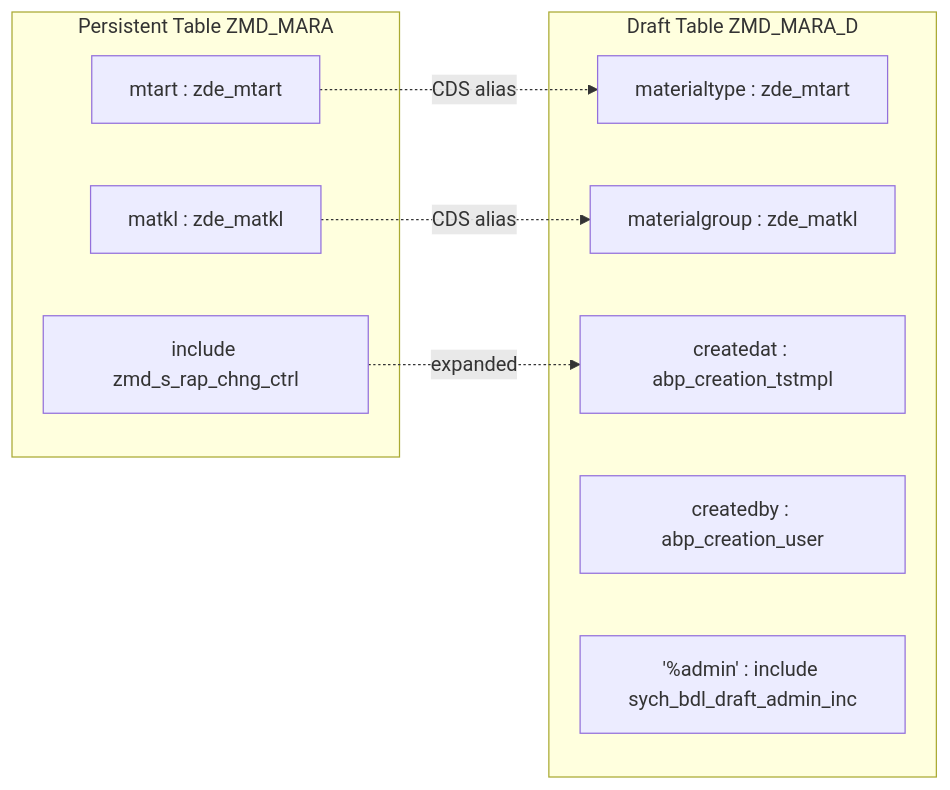
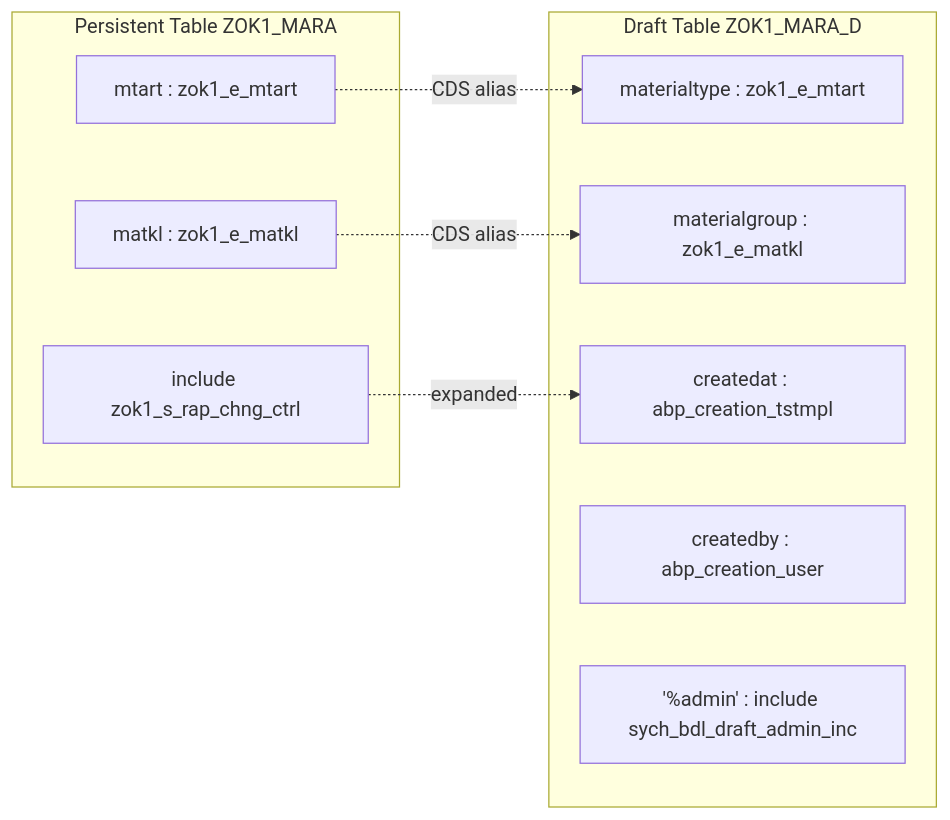
Before and after one commit to fr0ster/cloud-llm-hub: the sixth of 10 diagrams in docs/tutorials/rap-bo-creation.md, drawn with Mermaid. The commit also changed other lines of this file, not shown here.

Commit message:
docs: add naming convention with Z<II><N>_ prefix and length validation to RAP BO tutorial

````diff
--- a/docs/tutorials/rap-bo-creation.md
+++ b/docs/tutorials/rap-bo-creation.md
@@ -261,20 +291,20 @@
 ```mermaid
 graph LR
-    subgraph "Persistent Table ZMD_MARA"
-        P1[mtart : zde_mtart]
-        P2[matkl : zde_matkl]
-        P3["include zmd_s_rap_chng_ctrl"]
+    subgraph "Persistent Table ZOK1_MARA"
+        P1[mtart : zok1_e_mtart]
+        P2[matkl : zok1_e_matkl]
+        P3["include zok1_s_rap_chng_ctrl"]
     end
 
-    subgraph "Draft Table ZMD_MARA_D"
-        D1[materialtype : zde_mtart]
-        D2[materialgroup : zde_matkl]
+    subgraph "Draft Table ZOK1_MARA_D"
+        D1[materialtype : zok1_e_mtart]
+        D2[materialgroup : zok1_e_matkl]
         D3[createdat : abp_creation_tstmpl]
         D4[createdby : abp_creation_user]
         D5["'%admin' : include sych_bdl_draft_admin_inc"]
     end
 
     P1 -.->|"CDS alias"| D1
     P2 -.->|"CDS alias"| D2
     P3 -.->|"expanded"| D3
 ```
````
